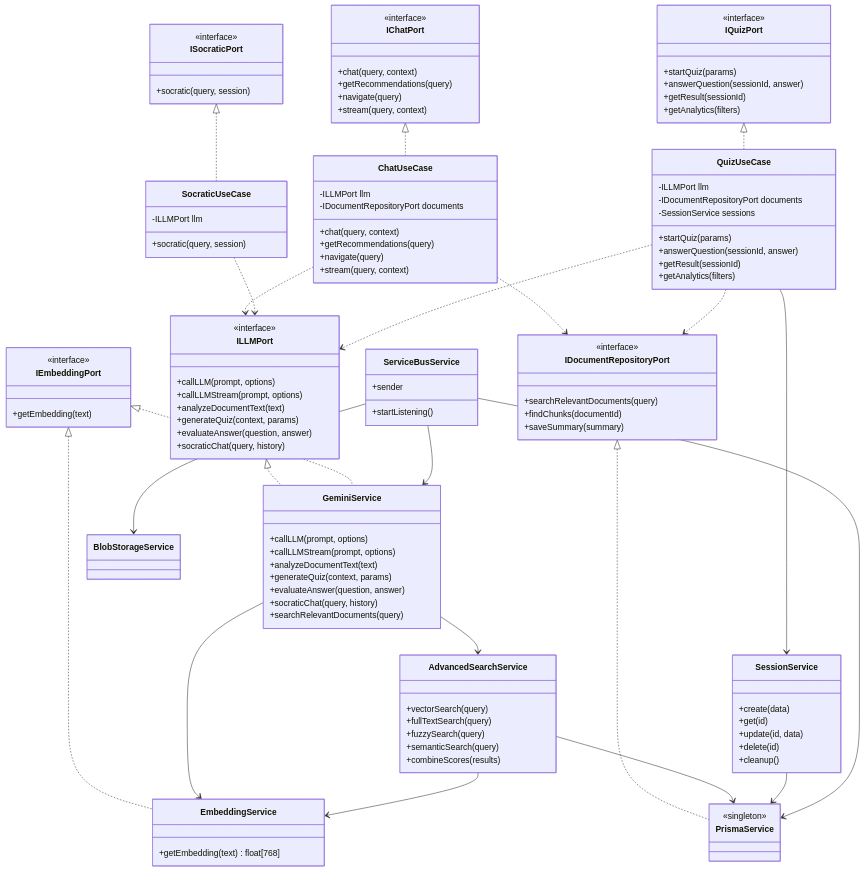
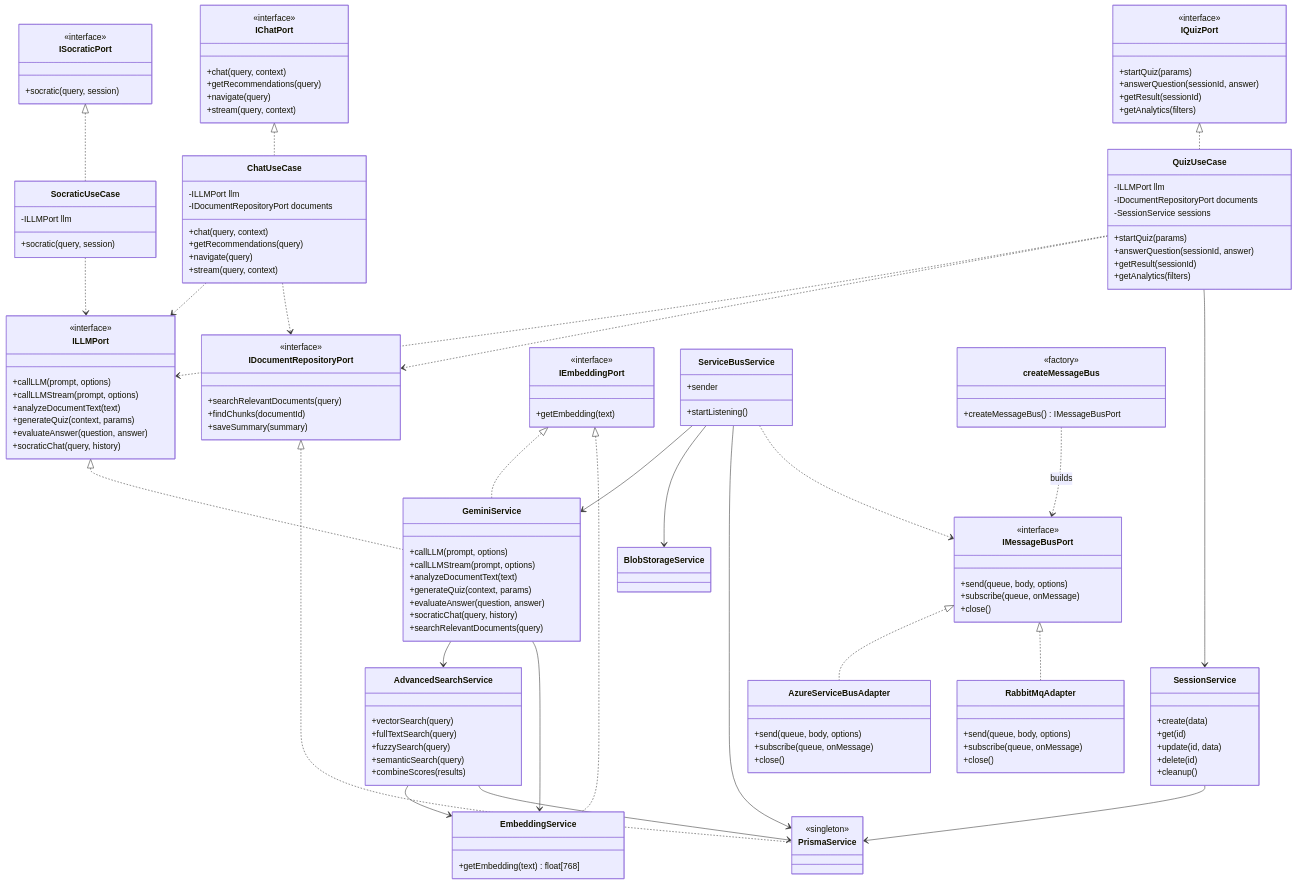
The tenth of 10 diagrams in how/ai-service.md (EciWise/EciWise.github.io), drawn with Mermaid before and after one commit. The commit also changed other lines of this file, not shown here.

Commit message:
docs: align AI service C4 level 4 with the provider-agnostic message bus
PR #5 made the AI message bus provider-agnostic, which left the C4
level 4 diagram describing a port that no longer matches the code:
it showed ServiceBusService talking to Azure directly and omitted
IMessageBusPort entirely.

- Add IMessageBusPort, its two adapters and the createMessageBus
  factory to the class diagram.
- List IMessageBusPort in the ports table, linked to ADR-022.
- Correct the ILLMPort providers (four, not three) per ADR-021.

````diff
--- a/how/ai-service.md
+++ b/how/ai-service.md
@@ -989,6 +989,30 @@
         +sender
     }
 
+    class IMessageBusPort {
+        <<interface>>
+        +send(queue, body, options)
+        +subscribe(queue, onMessage)
+        +close()
+    }
+
+    class createMessageBus {
+        <<factory>>
+        +createMessageBus() IMessageBusPort
+    }
+
+    class AzureServiceBusAdapter {
+        +send(queue, body, options)
+        +subscribe(queue, onMessage)
+        +close()
+    }
+
+    class RabbitMqAdapter {
+        +send(queue, body, options)
+        +subscribe(queue, onMessage)
+        +close()
+    }
+
     class BlobStorageService
 
     IChatPort <|.. ChatUseCase
@@ -1015,4 +1039,9 @@
     ServiceBusService --> GeminiService
     ServiceBusService --> BlobStorageService
     ServiceBusService --> PrismaService
+
+    ServiceBusService ..> IMessageBusPort
+    createMessageBus ..> IMessageBusPort : builds
+    IMessageBusPort <|.. AzureServiceBusAdapter
+    IMessageBusPort <|.. RabbitMqAdapter
 ```
````
